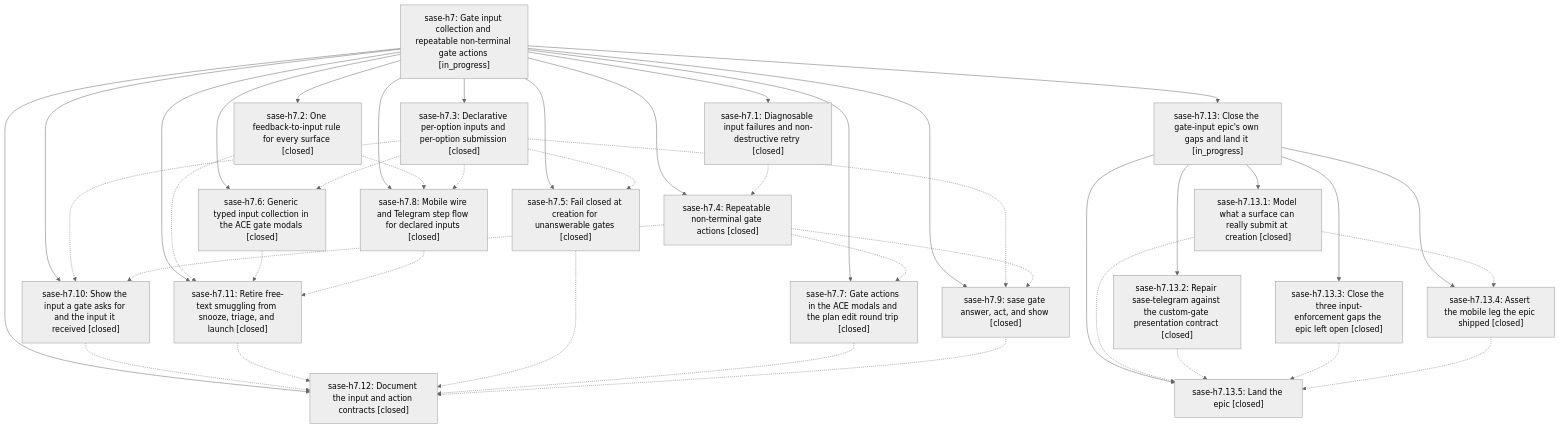
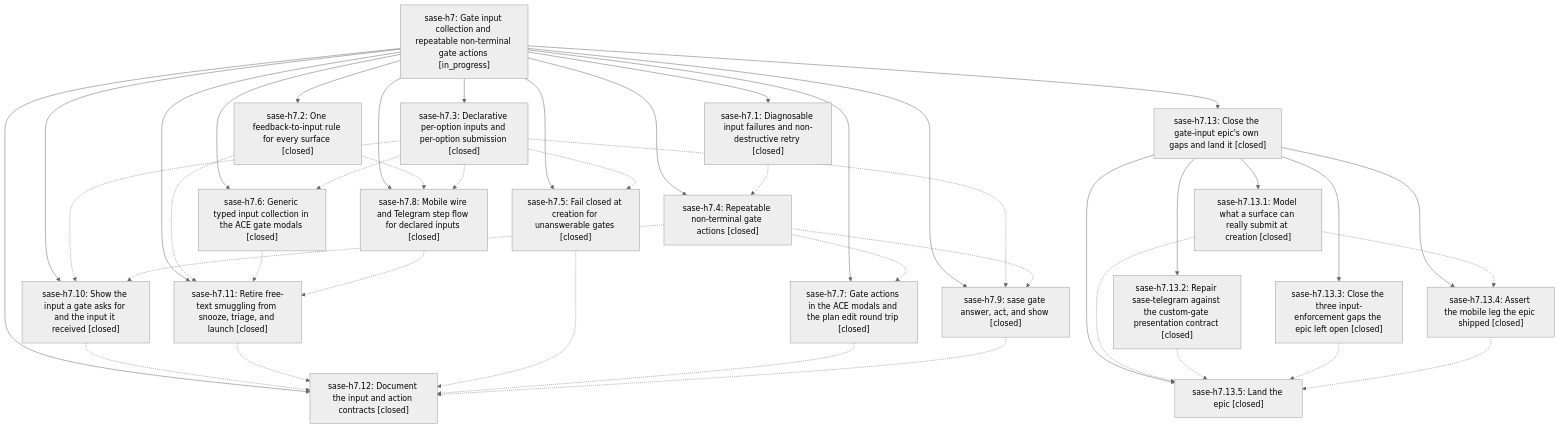
Before and after one commit to sase-org/sase--beads: the diagram in pages/sase-h7/README.md, drawn with Mermaid (neutral theme). The commit also changed other lines of this file and 2 other files, not shown here.

First line of the commit message:
chore(beads): sync bead state and pages for sase-h7

````diff
--- a/pages/sase-h7/README.md
+++ b/pages/sase-h7/README.md
@@ -58,63 +66,63 @@
 ```mermaid
 flowchart TD
     n0["sase-h7: Gate input collection and repeatable non-terminal gate actions [in_progress]"]
     n1["sase-h7.1: Diagnosable input failures and non-destructive retry [closed]"]
     n2["sase-h7.10: Show the input a gate asks for and the input it received [closed]"]
     n3["sase-h7.11: Retire free-text smuggling from snooze, triage, and launch [closed]"]
     n4["sase-h7.12: Document the input and action contracts [closed]"]
-    n5["sase-h7.13: Close the gate-input epic's own gaps and land it [in_progress]"]
+    n5["sase-h7.13: Close the gate-input epic's own gaps and land it [closed]"]
     n6["sase-h7.13.1: Model what a surface can really submit at creation [closed]"]
     n7["sase-h7.13.2: Repair sase-telegram against the custom-gate presentation contract [closed]"]
     n8["sase-h7.13.3: Close the three input-enforcement gaps the epic left open [closed]"]
     n9["sase-h7.13.4: Assert the mobile leg the epic shipped [closed]"]
     n10["sase-h7.13.5: Land the epic [closed]"]
     n11["sase-h7.2: One feedback-to-input rule for every surface [closed]"]
     n12["sase-h7.3: Declarative per-option inputs and per-option submission [closed]"]
     n13["sase-h7.4: Repeatable non-terminal gate actions [closed]"]
     n14["sase-h7.5: Fail closed at creation for unanswerable gates [closed]"]
     n15["sase-h7.6: Generic typed input collection in the ACE gate modals [closed]"]
     n16["sase-h7.7: Gate actions in the ACE modals and the plan edit round trip [closed]"]
     n17["sase-h7.8: Mobile wire and Telegram step flow for declared inputs [closed]"]
     n18["sase-h7.9: sase gate answer, act, and show [closed]"]
     n0 --> n1
     n0 --> n2
     n0 --> n3
     n0 --> n4
     n0 --> n5
     n5 --> n6
     n5 --> n7
     n5 --> n8
     n5 --> n9
     n5 --> n10
     n0 --> n11
     n0 --> n12
     n0 --> n13
     n0 --> n14
     n0 --> n15
     n0 --> n16
     n0 --> n17
     n0 --> n18
     n1 -.-> n13
     n2 -.-> n4
     n3 -.-> n4
     n6 -.-> n9
     n6 -.-> n10
     n7 -.-> n10
     n8 -.-> n10
     n9 -.-> n10
     n11 -.-> n3
     n11 -.-> n17
     n12 -.-> n2
     n12 -.-> n14
     n12 -.-> n15
     n12 -.-> n17
     n12 -.-> n18
     n13 -.-> n2
     n13 -.-> n16
     n13 -.-> n18
     n14 -.-> n4
     n15 -.-> n3
     n16 -.-> n4
     n17 -.-> n3
     n18 -.-> n4
 ```
````
